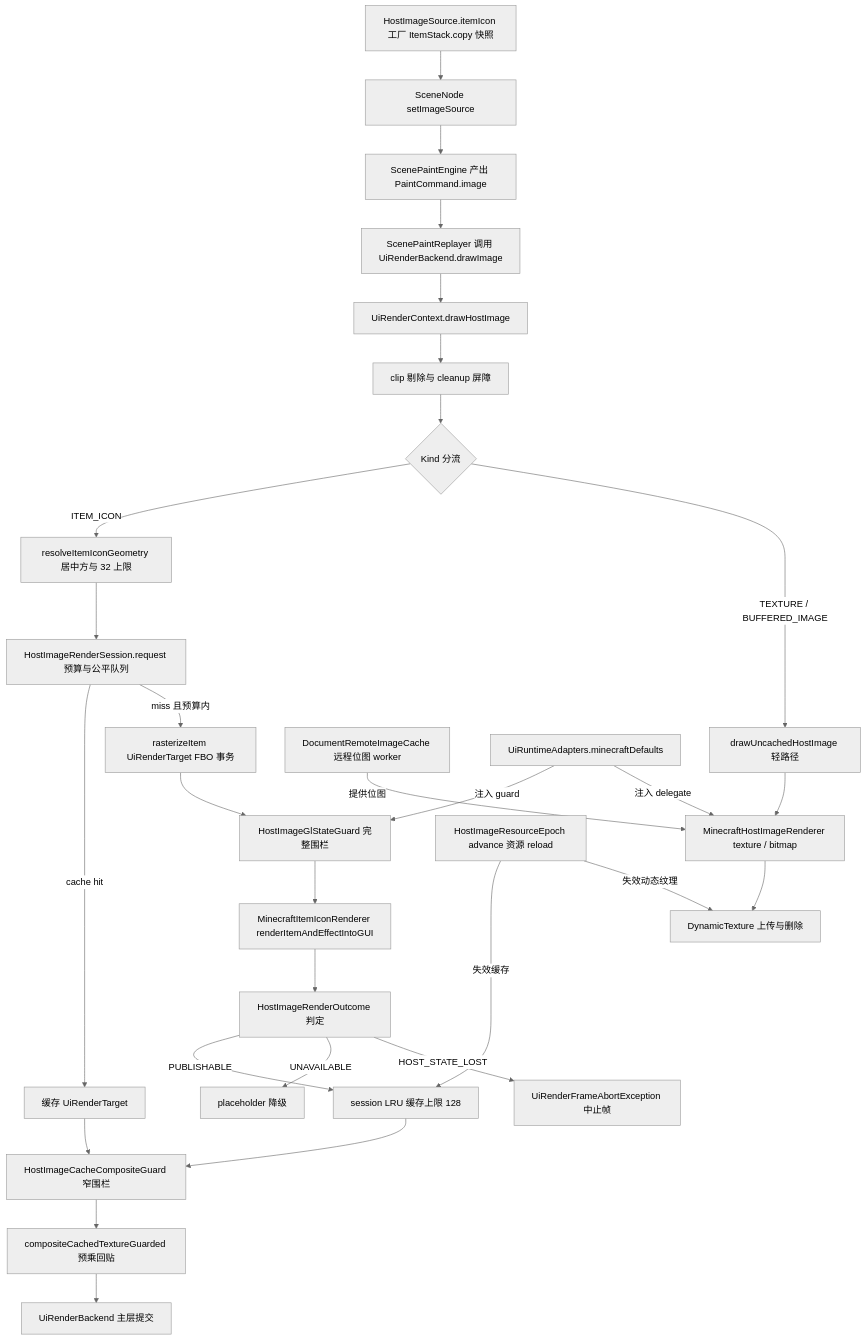
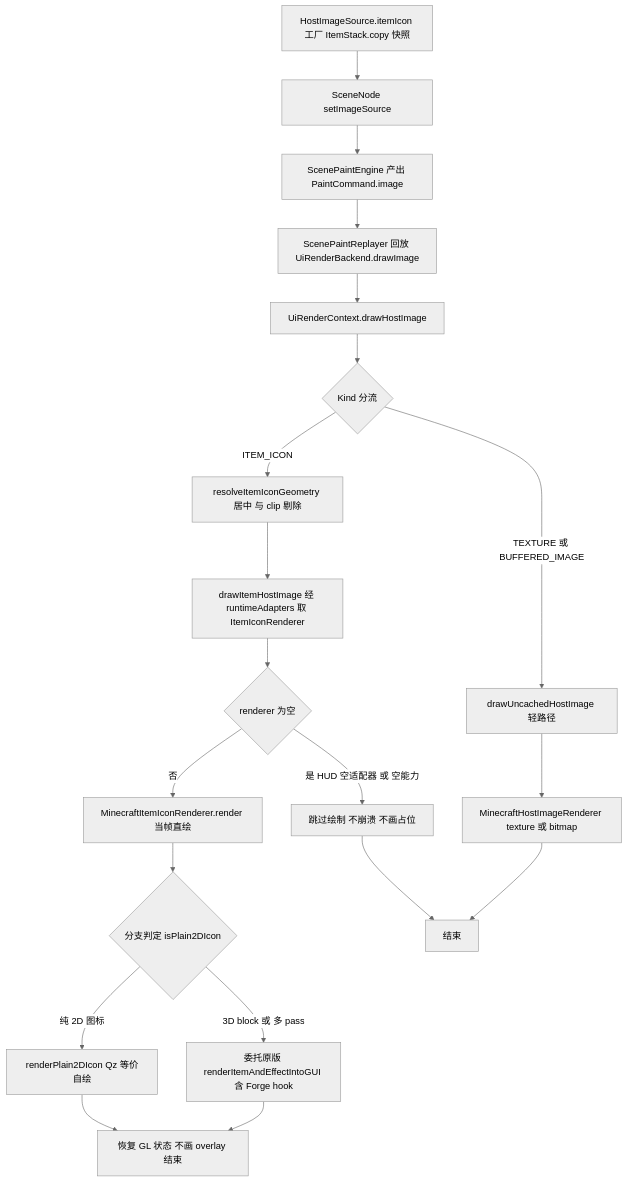
The first of 2 diagrams in docs/开发者文档/架构图/08-物品渲染包装.md (QuanhuZeYu/Qz-UILib), drawn with Mermaid (neutral theme) before and after one commit. The commit also changed other lines of this file and 8 other files, not shown here.

````diff
--- a/docs/开发者文档/架构图/08-物品渲染包装.md
+++ b/docs/开发者文档/架构图/08-物品渲染包装.md
@@ -9,31 +9,22 @@
 ```mermaid
 flowchart TD
     A["HostImageSource.itemIcon 工厂 ItemStack.copy 快照"] --> B["SceneNode setImageSource"]
     B --> C["ScenePaintEngine 产出 PaintCommand.image"]
-    C --> D["ScenePaintReplayer 调用 UiRenderBackend.drawImage"]
+    C --> D["ScenePaintReplayer 回放 UiRenderBackend.drawImage"]
     D --> E["UiRenderContext.drawHostImage"]
-    E --> F["clip 剔除与 cleanup 屏障"]
-    F --> G{"Kind 分流"}
-    G -->|"ITEM_ICON"| H["resolveItemIconGeometry 居中方与 32 上限"]
-    G -->|"TEXTURE / BUFFERED_IMAGE"| X["drawUncachedHostImage 轻路径"]
-    H --> I["HostImageRenderSession.request 预算与公平队列"]
-    I -->|"cache hit"| J["缓存 UiRenderTarget"]
-    I -->|"miss 且预算内"| K["rasterizeItem UiRenderTarget FBO 事务"]
-    K --> L["HostImageGlStateGuard 完整围栏"]
-    L --> M["MinecraftItemIconRenderer renderItemAndEffectIntoGUI"]
-    M --> N["HostImageRenderOutcome 判定"]
-    N -->|"PUBLISHABLE"| O["session LRU 缓存上限 128"]
-    N -->|"UNAVAILABLE"| P["placeholder 降级"]
-    N -->|"HOST_STATE_LOST"| Q["UiRenderFrameAbortException 中止帧"]
-    O --> R["HostImageCacheCompositeGuard 窄围栏"]
-    J --> R
-    R --> S["compositeCachedTextureGuarded 预乘回贴"]
-    S --> T["UiRenderBackend 主层提交"]
-    X --> U["MinecraftHostImageRenderer texture / bitmap"]
-    U --> V["DynamicTexture 上传与删除"]
-    W["DocumentRemoteImageCache 远程位图 worker"] -- 提供位图 --> U
-    Y["HostImageResourceEpoch advance 资源 reload"] -- 失效缓存 --> O
-    Y -- 失效动态纹理 --> V
-    Z["UiRuntimeAdapters.minecraftDefaults"] -- 注入 guard --> L
-    Z -- 注入 delegate --> U
+    E --> F{"Kind 分流"}
+    F -- "TEXTURE 或 BUFFERED_IMAGE" --> X["drawUncachedHostImage 轻路径"]
+    X --> W["MinecraftHostImageRenderer texture 或 bitmap"]
+    F -- "ITEM_ICON" --> G["resolveItemIconGeometry 居中 与 clip 剔除"]
+    G --> H["drawItemHostImage 经 runtimeAdapters 取 ItemIconRenderer"]
+    H --> I{"renderer 为空"}
+    I -- "是 HUD 空适配器 或 空能力" --> J["跳过绘制 不崩溃 不画占位"]
+    I -- "否" --> K["MinecraftItemIconRenderer.render 当帧直绘"]
+    K --> L{"分支判定 isPlain2DIcon"}
+    L -- "纯 2D 图标" --> M["renderPlain2DIcon Qz 等价自绘"]
+    L -- "3D block 或 多 pass" --> N["委托原版 renderItemAndEffectIntoGUI 含 Forge hook"]
+    M --> O["恢复 GL 状态 不画 overlay 结束"]
+    N --> O
+    J --> P["结束"]
+    W --> P
 ```
````
